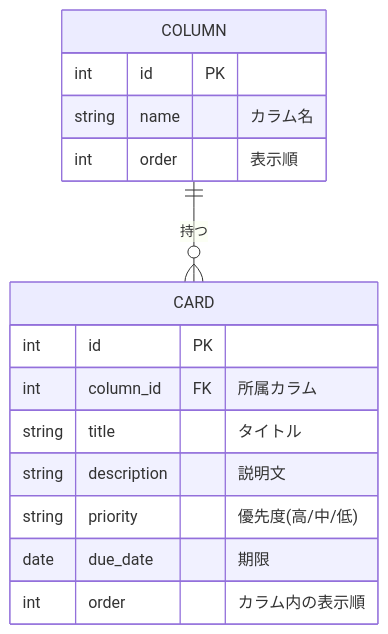
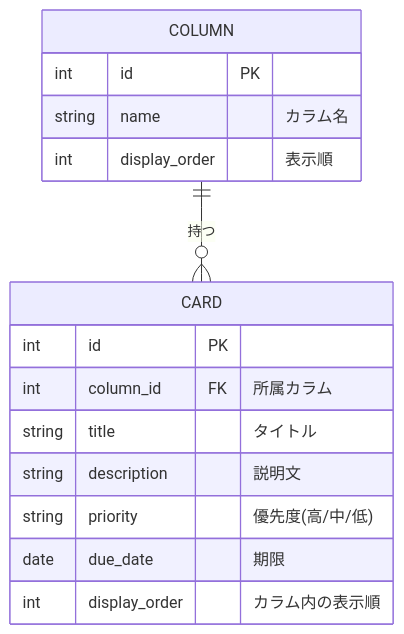
The second of 2 diagrams in docs/requirements.md (itsmarikoni/task-management), drawn with Mermaid before and after one commit. The commit also changed other lines of this file, not shown here.

````diff
--- a/docs/requirements.md
+++ b/docs/requirements.md
@@ -275,20 +276,20 @@
 ```mermaid
 erDiagram
     COLUMN ||--o{ CARD : "持つ"
 
     COLUMN {
         int id PK
         string name "カラム名"
-        int order "表示順"
+        int display_order "表示順"
     }
 
     CARD {
         int id PK
         int column_id FK "所属カラム"
         string title "タイトル"
         string description "説明文"
         string priority "優先度(高/中/低)"
         date due_date "期限"
-        int order "カラム内の表示順"
+        int display_order "カラム内の表示順"
     }
 ```
````
